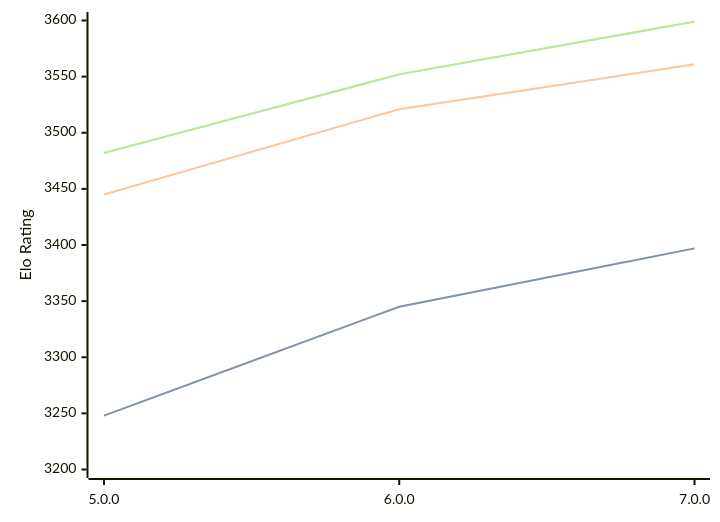
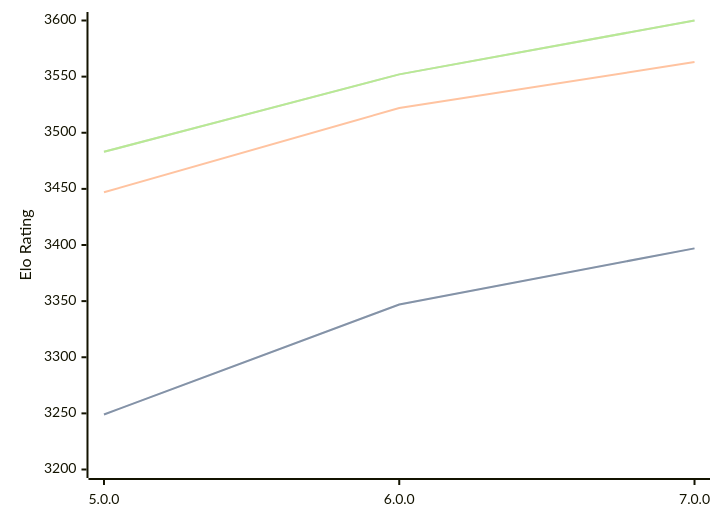
The diagram in engines/Stormphrax.md (computer-chess-index/cci), drawn with Mermaid before and after one commit. The commit also changed other lines of this file, not shown here.

Commit message:
Update CCI Ratings (ELO VLTC) - 2026-05-12

````diff
--- a/engines/Stormphrax.md
+++ b/engines/Stormphrax.md
@@ -38,11 +38,11 @@
 ```mermaid
 %%{init: {"theme":"base","themeVariables":{"seriesColors:['#a3a3a3','#222221','#faa371']}}}%%
 xychart-beta
   x-axis ["5.0.0", "6.0.0", "7.0.0"]
   y-axis "Elo Rating" 3200 --> 3600
-  line "STC (8.0+0.08s)" [3248, 3345, 3397]
-  line "STC (8.0+0.08s)" [3248, 3345, 3397]
-  line "LTC (60.0+0.60s)" [3445, 3521, 3561]
-  line "VLTC (2m24s+1.12s)" [3482, 3552, 3599]
-  line "VLTC (2m24s+1.12s)" [3482, 3552, 3599]
+  line "STC (8.0+0.08s)" [3249, 3347, 3397]
+  line "STC (8.0+0.08s)" [3249, 3347, 3397]
+  line "LTC (60.0+0.60s)" [3447, 3522, 3563]
+  line "VLTC (2m24s+1.12s)" [3483, 3552, 3600]
+  line "VLTC (2m24s+1.12s)" [3483, 3552, 3600]
 ```
````
